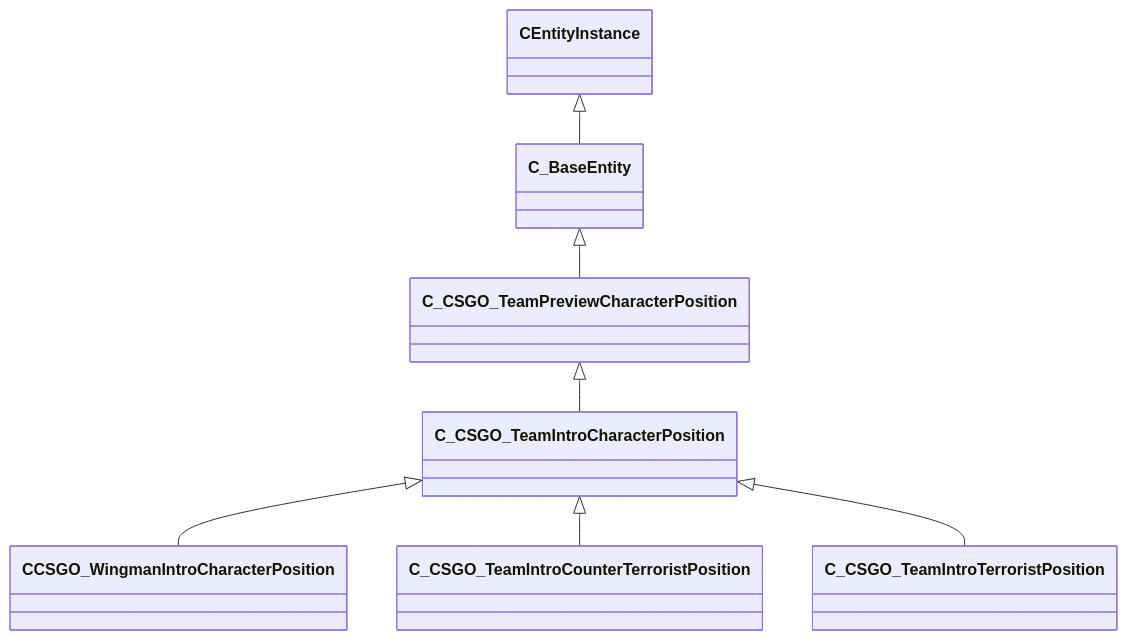
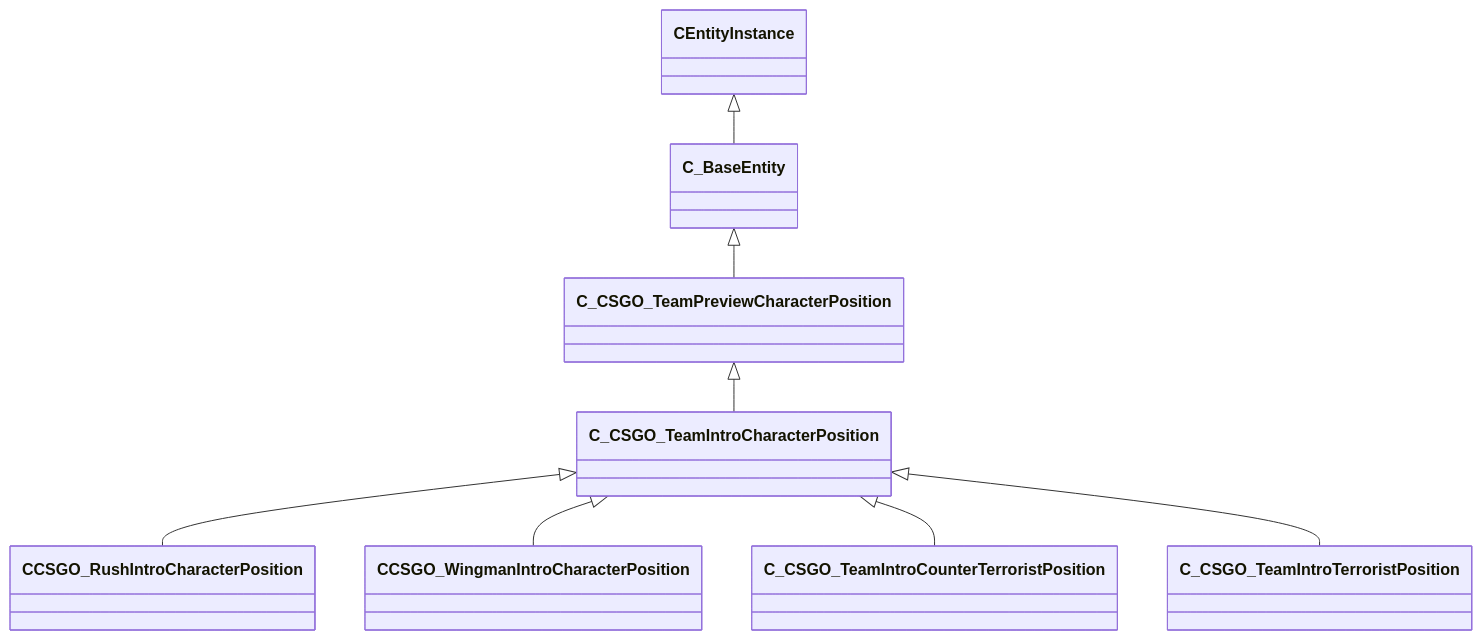
The diagram in docs/generated/schemas/client/C_CSGO_TeamIntroCharacterPosition.md (CS2OpenDev/CS2OpenDev-Docs), drawn with Mermaid before and after one commit. The commit also changed other lines of this file and 4654 other files, not shown here.

Commit message:
docs: regenerate for SchemaTracker build 25947352 [skip ci]

````diff
--- a/docs/generated/schemas/client/C_CSGO_TeamIntroCharacterPosition.md
+++ b/docs/generated/schemas/client/C_CSGO_TeamIntroCharacterPosition.md
@@ -21,9 +21,10 @@
 ```mermaid
 classDiagram
     C_CSGO_TeamPreviewCharacterPosition <|-- C_CSGO_TeamIntroCharacterPosition
     C_BaseEntity <|-- C_CSGO_TeamPreviewCharacterPosition
     CEntityInstance <|-- C_BaseEntity
+    C_CSGO_TeamIntroCharacterPosition <|-- CCSGO_RushIntroCharacterPosition
     C_CSGO_TeamIntroCharacterPosition <|-- CCSGO_WingmanIntroCharacterPosition
     C_CSGO_TeamIntroCharacterPosition <|-- C_CSGO_TeamIntroCounterTerroristPosition
     C_CSGO_TeamIntroCharacterPosition <|-- C_CSGO_TeamIntroTerroristPosition
 ```
````
